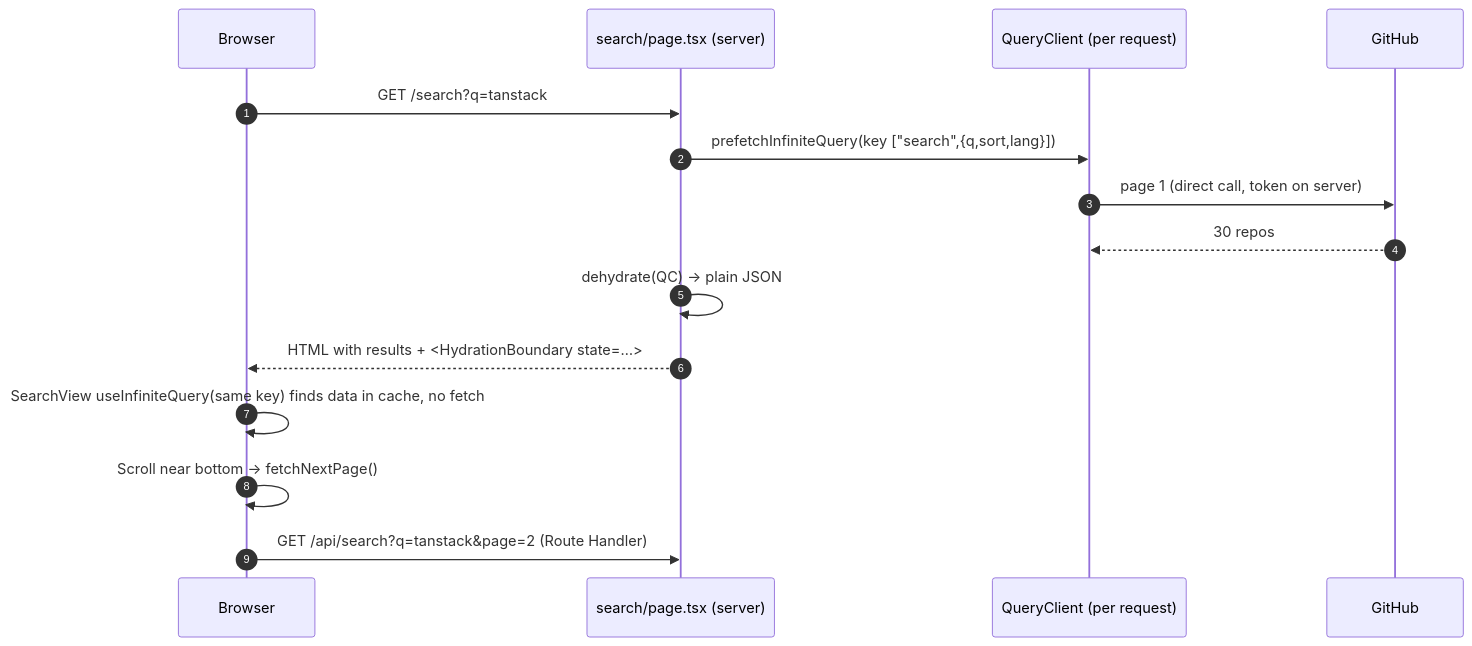
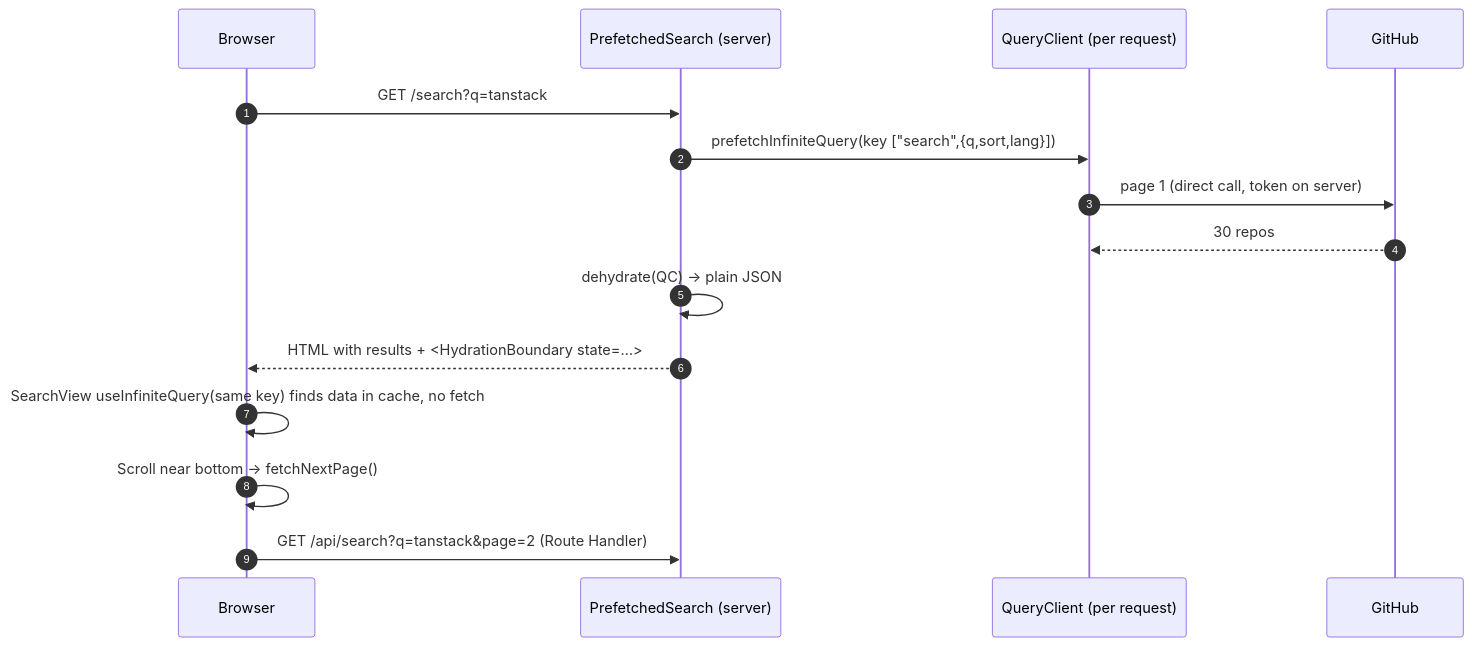
Before and after one commit to tarnishedMind/RepoRadar: the tenth of 18 diagrams in docs/ARCHITECTURE.md, drawn with Mermaid. The commit also changed other lines of this file and 144 other files, not shown here.

````diff
--- a/docs/ARCHITECTURE.md
+++ b/docs/ARCHITECTURE.md
@@ -434,17 +448,17 @@
 ```mermaid
 sequenceDiagram
   autonumber
   participant B as Browser
-  participant SP as search/page.tsx (server)
+  participant SP as PrefetchedSearch (server)
   participant QC as QueryClient (per request)
   participant G as GitHub
   B->>SP: GET /search?q=tanstack
   SP->>QC: prefetchInfiniteQuery(key ["search",{q,sort,lang}])
   QC->>G: page 1 (direct call, token on server)
   G-->>QC: 30 repos
   SP->>SP: dehydrate(QC) → plain JSON
   SP-->>B: HTML with results + <HydrationBoundary state=…>
   B->>B: SearchView useInfiniteQuery(same key) finds data in cache, no fetch
   B->>B: Scroll near bottom → fetchNextPage()
   B->>SP: GET /api/search?q=tanstack&page=2 (Route Handler)
 ```
````
